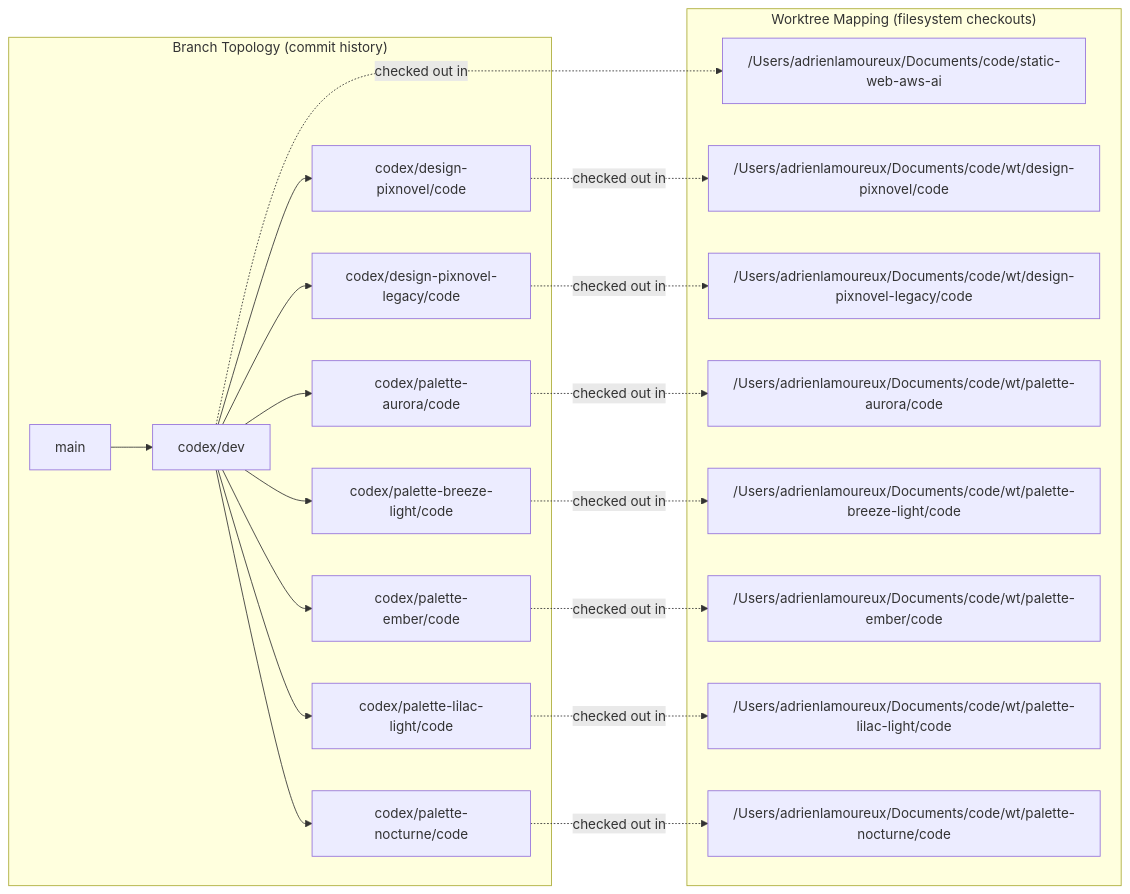
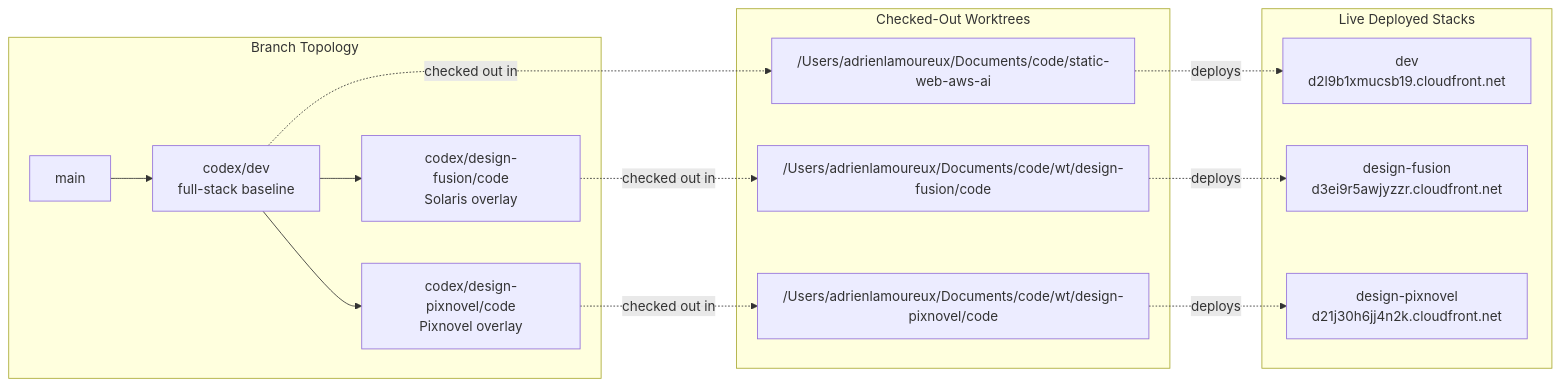
One commit to adrienLamoureux/static-web-aws-ai changed the diagram in docs/branches-worktrees-diagram.md. Above: the diagram before and after it, drawn with Mermaid. The commit also changed other lines of this file and 19 other files, not shown here.

````diff
--- a/docs/branches-worktrees-diagram.md
+++ b/docs/branches-worktrees-diagram.md
@@ -7,42 +7,32 @@
 ```mermaid
 flowchart LR
-  subgraph BR["Branch Topology (commit history)"]
+  subgraph BR["Branch Topology"]
     MAIN["main"]
-    DEV["codex/dev"]
-    DPIX["codex/design-pixnovel/code"]
-    DLEG["codex/design-pixnovel-legacy/code"]
-    PAUR["codex/palette-aurora/code"]
-    PBRE["codex/palette-breeze-light/code"]
-    PEMB["codex/palette-ember/code"]
-    PLIL["codex/palette-lilac-light/code"]
-    PNOI["codex/palette-nocturne/code"]
+    DEV["codex/dev<br/>full-stack baseline"]
+    DFUS["codex/design-fusion/code<br/>Solaris overlay"]
+    DPIX["codex/design-pixnovel/code<br/>Pixnovel overlay"]
     MAIN --> DEV
+    DEV --> DFUS
     DEV --> DPIX
-    DEV --> DLEG
-    DEV --> PAUR
-    DEV --> PBRE
-    DEV --> PEMB
-    DEV --> PLIL
-    DEV --> PNOI
   end
 
-  subgraph WT["Worktree Mapping (filesystem checkouts)"]
+  subgraph WT["Checked-Out Worktrees"]
     WTDEV["/Users/adrienlamoureux/Documents/code/static-web-aws-ai"]
+    WTFUS["/Users/adrienlamoureux/Documents/code/wt/design-fusion/code"]
     WTPIX["/Users/adrienlamoureux/Documents/code/wt/design-pixnovel/code"]
-    WTLEG["/Users/adrienlamoureux/Documents/code/wt/design-pixnovel-legacy/code"]
-    WTAUR["/Users/adrienlamoureux/Documents/code/wt/palette-aurora/code"]
-    WTBRE["/Users/adrienlamoureux/Documents/code/wt/palette-breeze-light/code"]
-    WTEMB["/Users/adrienlamoureux/Documents/code/wt/palette-ember/code"]
-    WTLIL["/Users/adrienlamoureux/Documents/code/wt/palette-lilac-light/code"]
-    WTNOI["/Users/adrienlamoureux/Documents/code/wt/palette-nocturne/code"]
+  end
+
+  subgraph LIVE["Live Deployed Stacks"]
+    STDEV["dev<br/>d2l9b1xmucsb19.cloudfront.net"]
+    STFUS["design-fusion<br/>d3ei9r5awjyzzr.cloudfront.net"]
+    STPIX["design-pixnovel<br/>d21j30h6jj4n2k.cloudfront.net"]
   end
 
   DEV -. checked out in .-> WTDEV
+  DFUS -. checked out in .-> WTFUS
   DPIX -. checked out in .-> WTPIX
-  DLEG -. checked out in .-> WTLEG
-  PAUR -. checked out in .-> WTAUR
-  PBRE -. checked out in .-> WTBRE
-  PEMB -. checked out in .-> WTEMB
-  PLIL -. checked out in .-> WTLIL
-  PNOI -. checked out in .-> WTNOI
+
+  WTDEV -. deploys .-> STDEV
+  WTFUS -. deploys .-> STFUS
+  WTPIX -. deploys .-> STPIX
 ```
````
